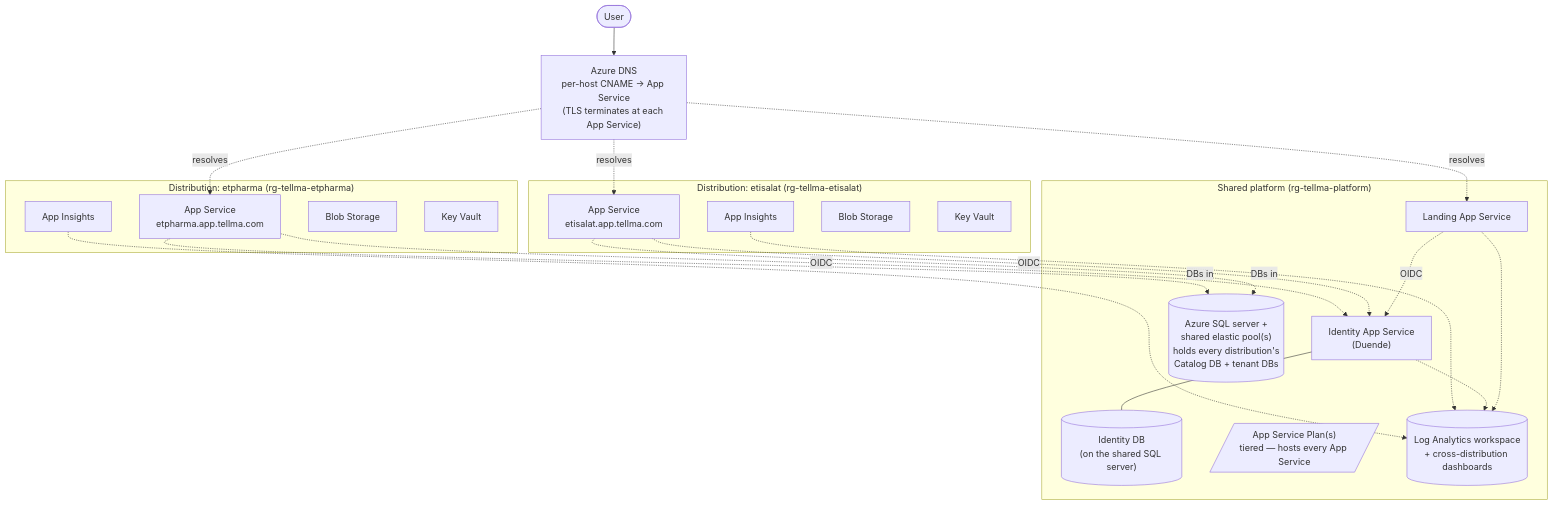
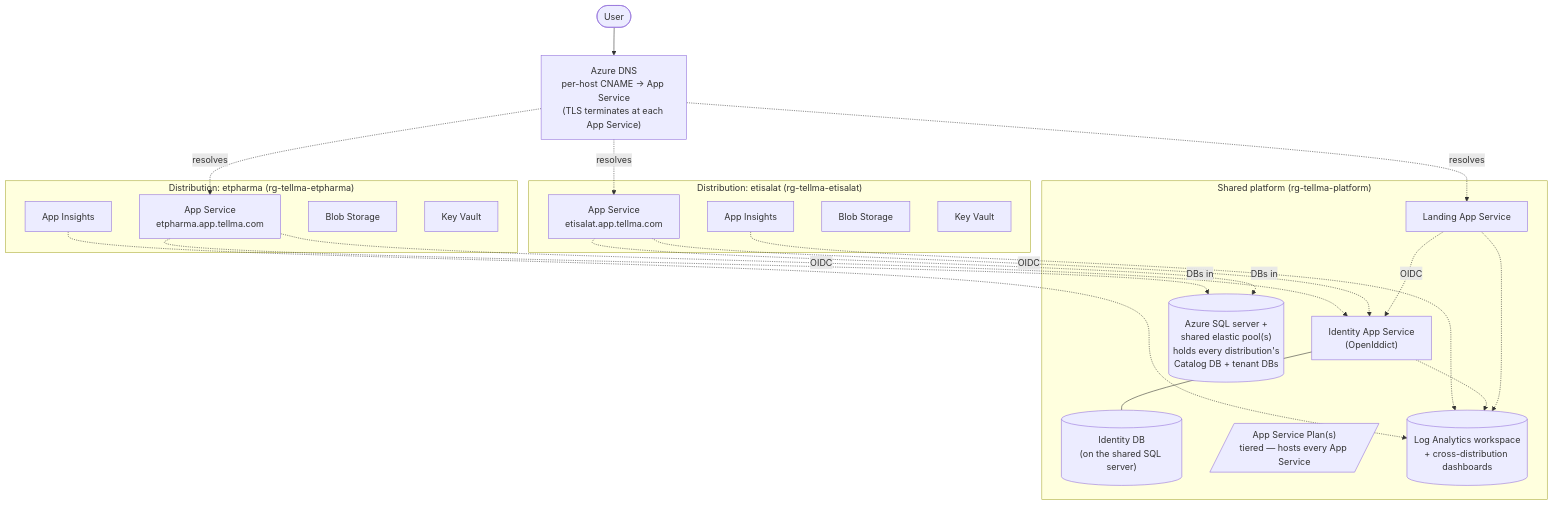
Before and after one commit to tellma-ltd/tellma-platform: the fifth of 5 diagrams in ARCHITECTURE.md, drawn with Mermaid. The commit also changed other lines of this file, not shown here.

First line of the commit message:
Align ARCHITECTURE.md identity section with the OpenIddict identity-server spec

````diff
--- a/ARCHITECTURE.md
+++ b/ARCHITECTURE.md
@@ -1002,47 +1000,47 @@
 ```mermaid
 flowchart TB
     USER([User])
     DNS["Azure DNS<br/>per-host CNAME → App Service<br/>(TLS terminates at each App Service)"]
 
     USER --> DNS
 
     subgraph SHARED["Shared platform (rg-tellma-platform)"]
         LANDING_APP["Landing App Service"]
-        IDP_APP["Identity App Service<br/>(Duende)"]
+        IDP_APP["Identity App Service<br/>(OpenIddict)"]
         IDP_SQL[("Identity DB<br/>(on the shared SQL server)")]
         PLAN[/"App Service Plan(s)<br/>tiered — hosts every App Service"/]
         SQL_POOL[("Azure SQL server +<br/>shared elastic pool(s)<br/>holds every distribution's<br/>Catalog DB + tenant DBs")]
         LOG_WS[("Log Analytics workspace<br/>+ cross-distribution dashboards")]
         IDP_APP --- IDP_SQL
     end
 
     subgraph D1["Distribution: etpharma (rg-tellma-etpharma)"]
         D1_APP["App Service<br/>etpharma.app.tellma.com"]
         D1_AI["App Insights"]
         D1_BLOB["Blob Storage"]
         D1_KV["Key Vault"]
     end
 
     subgraph D2["Distribution: etisalat (rg-tellma-etisalat)"]
         D2_APP["App Service<br/>etisalat.app.tellma.com"]
         D2_AI["App Insights"]
         D2_BLOB["Blob Storage"]
         D2_KV["Key Vault"]
     end
 
     DNS -.->|resolves| LANDING_APP
     DNS -.->|resolves| D1_APP
     DNS -.->|resolves| D2_APP
 
     D1_APP -.->|DBs in| SQL_POOL
     D2_APP -.->|DBs in| SQL_POOL
 
     D1_APP -.->|OIDC| IDP_APP
     D2_APP -.->|OIDC| IDP_APP
     LANDING_APP -.->|OIDC| IDP_APP
 
     D1_AI -.-> LOG_WS
     D2_AI -.-> LOG_WS
     IDP_APP -.-> LOG_WS
     LANDING_APP -.-> LOG_WS
 ```
````
